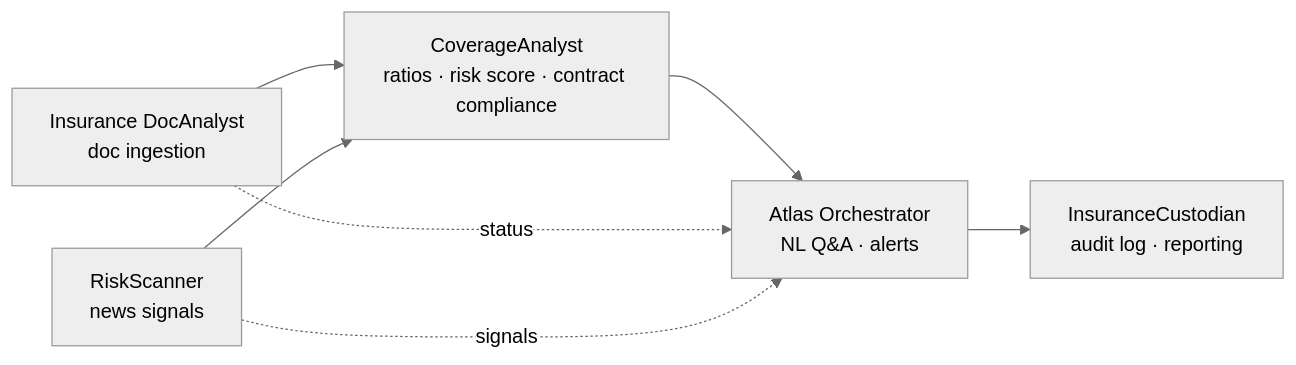
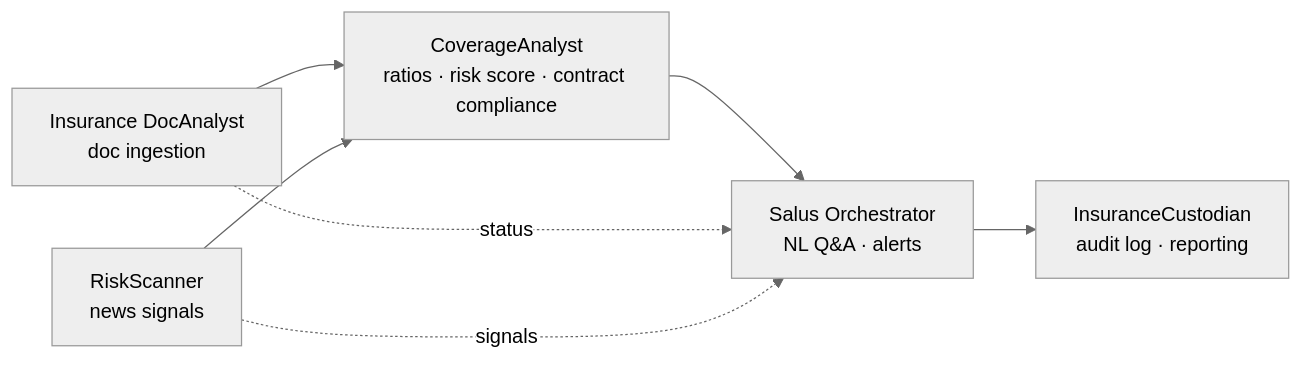
The third of 6 diagrams in README.md (dayltan-sudo/risk-compliance), drawn with Mermaid (neutral theme) before and after one commit. The commit also changed other lines of this file and 104 other files, not shown here.

First line of the commit message:
Rename codenames: Sentinel -> Census, Atlas -> Salus, add Fiscus for credit-assessment

````diff
--- a/README.md
+++ b/README.md
@@ -97,9 +97,9 @@
 ```mermaid
 flowchart LR
     D[Insurance DocAnalyst<br/>doc ingestion] --> C[CoverageAnalyst<br/>ratios · risk score · contract compliance]
     N[RiskScanner<br/>news signals] --> C
-    C --> O[Atlas Orchestrator<br/>NL Q&A · alerts]
+    C --> O[Salus Orchestrator<br/>NL Q&A · alerts]
     D -. status .-> O
     N -. signals .-> O
     O --> Au[InsuranceCustodian<br/>audit log · reporting]
 ```
````
